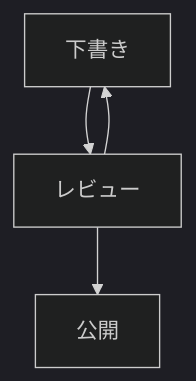
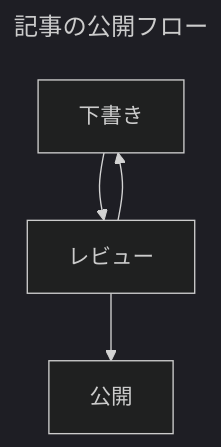
Before and after one commit to ymmt2005/cfgb-example: the first of 4 diagrams in src/content/posts/2026/2026-09-20-markdown-showcase/ja.md, drawn with Mermaid (dark theme). The commit also changed other lines of this file and 3 other files, not shown here.

````diff
--- a/src/content/posts/2026/2026-09-20-markdown-showcase/ja.md
+++ b/src/content/posts/2026/2026-09-20-markdown-showcase/ja.md
@@ -61,6 +63,9 @@
 ```mermaid
+---
+title: 記事の公開フロー
+---
 flowchart TD
   Draft["下書き"] --> Review["レビュー"]
   Review --> Publish["公開"]
   Review --> Draft
 ```
````
